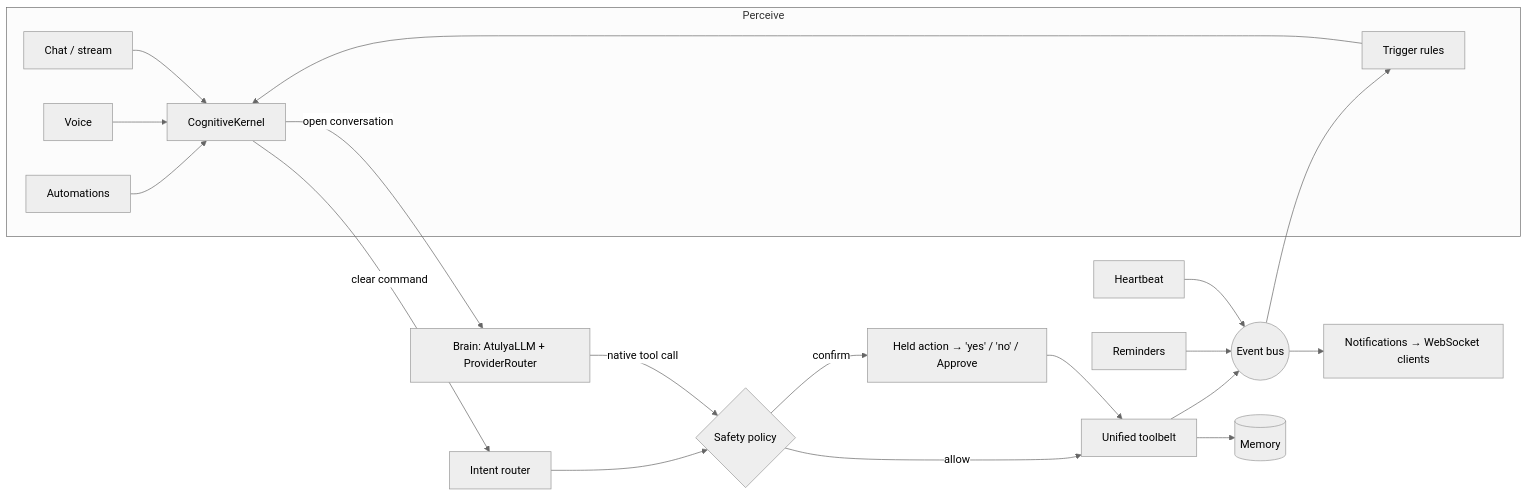
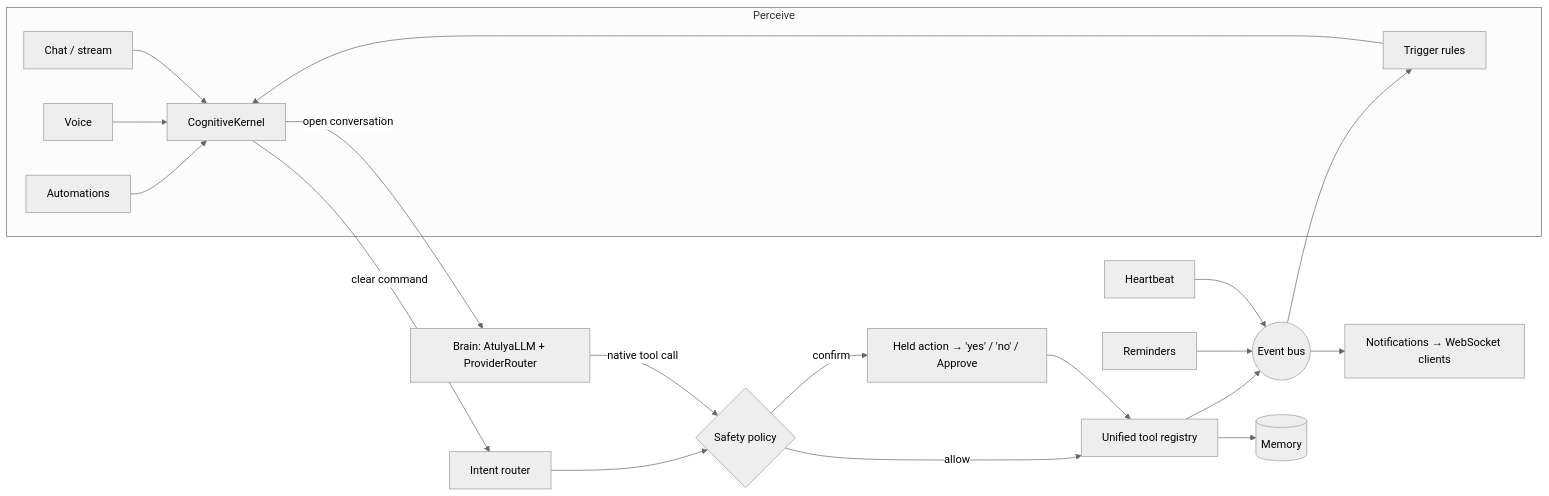
Before and after one commit to atulyaai/Atulya-Tantra: the diagram in docs/COGNITIVE_ARCHITECTURE.md, drawn with Mermaid (neutral theme). The commit also changed 6 other files, not shown here.

````diff
--- a/docs/COGNITIVE_ARCHITECTURE.md
+++ b/docs/COGNITIVE_ARCHITECTURE.md
@@ -20,22 +20,22 @@
 ```mermaid
 flowchart LR
     subgraph Perceive
         C[Chat / stream] --> K
         V[Voice] --> K
         A[Automations] --> K
         T[Trigger rules] --> K
     end
     K[CognitiveKernel] -->|clear command| R[Intent router]
     K -->|open conversation| B[Brain: AtulyaLLM + ProviderRouter]
     R --> S{Safety policy}
     B -->|native tool call| S
-    S -->|allow| X[Unified toolbelt]
+    S -->|allow| X[Unified tool registry]
     S -->|confirm| H[Held action → 'yes' / 'no' / Approve]
     H --> X
     X --> M[(Memory)]
     X --> E((Event bus))
     E --> T
     E --> N[Notifications → WebSocket clients]
     HB[Heartbeat] --> E
     RM[Reminders] --> E
 ```
````
